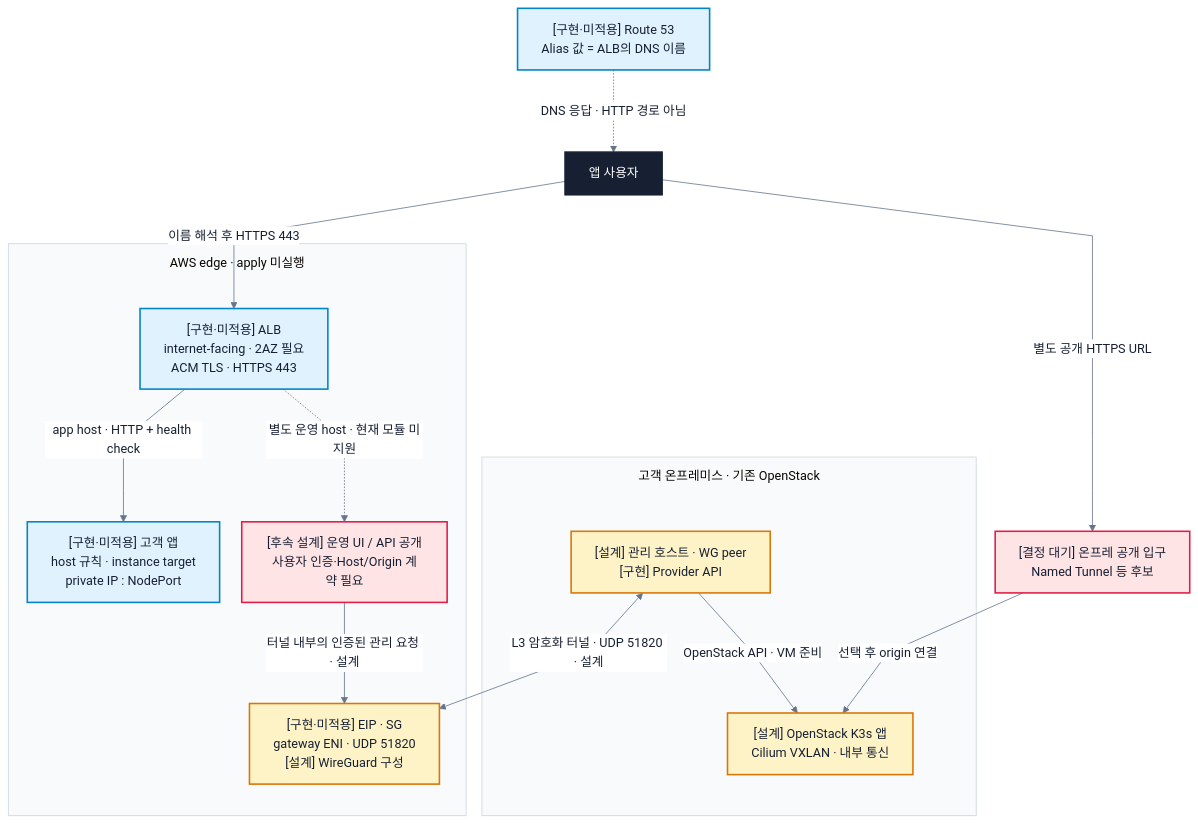
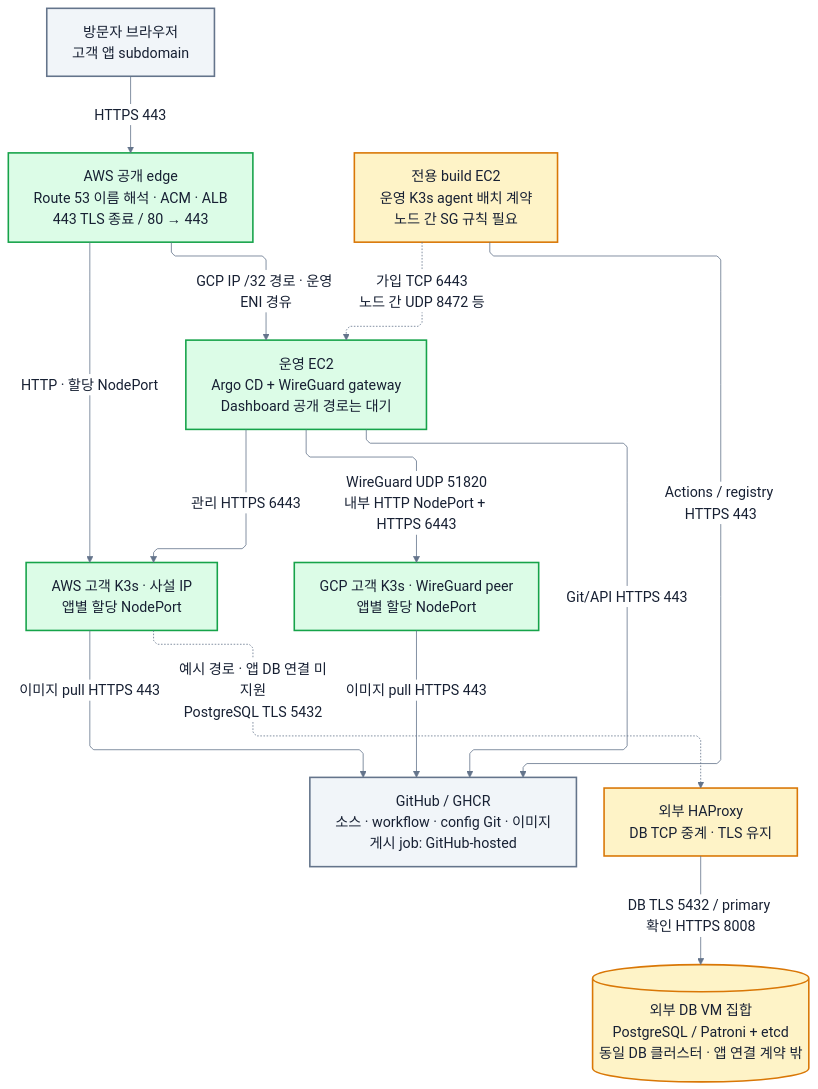
Before and after one commit to Jasmin-Softbank/Railshot: the diagram in docs/architecture/diagrams/network-topology.mmd, drawn with Mermaid. The commit also changed 22 other files, not shown here.

Commit message:
docs: align architecture diagrams with integrated runtime contracts

```diff
--- a/docs/architecture/diagrams/network-topology.mmd
+++ b/docs/architecture/diagrams/network-topology.mmd
@@ -1,29 +1,31 @@
-%%{init: {"theme":"base","fontFamily":"Arial,sans-serif","themeVariables":{"fontFamily":"Arial,sans-serif","fontSize":"16px","primaryTextColor":"#172033","lineColor":"#64748b","edgeLabelBackground":"#ffffff","clusterBkg":"#f8fafc","clusterBorder":"#cbd5e1"},"flowchart":{"curve":"linear","nodeSpacing":28,"rankSpacing":80,"htmlLabels":true,"subGraphTitleMargin":{"top":12,"bottom":30}}}}%%
+%%{init: {"theme":"base","themeVariables":{"fontFamily":"Arial, Apple SD Gothic Neo, sans-serif","fontSize":"18px","lineColor":"#64748b","primaryTextColor":"#172033","clusterBkg":"#f8fafc","clusterBorder":"#cbd5e1","edgeLabelBackground":"#ffffff"},"flowchart":{"curve":"linear","defaultRenderer":"elk","nodeSpacing":28,"rankSpacing":42,"htmlLabels":true,"wrappingWidth":340,"padding":16}}}%%
 flowchart TB
-  BROWSER["앱 사용자"]:::actor
-  DNS["[구현·미적용] Route 53<br/>Alias 값 = ALB의 DNS 이름"]:::code
-  subgraph AWS["AWS edge · apply 미실행"]
-    ALB["[구현·미적용] ALB<br/>internet-facing · 2AZ 필요<br/>ACM TLS · HTTPS 443"]:::code
-    APP["[구현·미적용] 고객 앱<br/>host 규칙 · instance target<br/>private IP : NodePort"]:::code
-    API["[후속 설계] 운영 UI / API 공개<br/>사용자 인증·Host/Origin 계약 필요"]:::pending
-    WG["[구현·미적용] EIP · SG<br/>gateway ENI · UDP 51820<br/>[설계] WireGuard 구성"]:::design
-    ALB -->|"app host · HTTP + health check"| APP
-    ALB -.->|"별도 운영 host · 현재 모듈 미지원"| API
-    API -->|"터널 내부의 인증된 관리 요청 · 설계"| WG
-  end
-  subgraph CUSTOMER["고객 온프레미스 · 기존 OpenStack"]
-    MGMT["[설계] 관리 호스트 · WG peer<br/>[구현] Provider API"]:::design
-    ONP["[설계] OpenStack K3s 앱<br/>Cilium VXLAN · 내부 통신"]:::design
-    MGMT -->|"OpenStack API · VM 준비"| ONP
-  end
-  PUBLIC["[결정 대기] 온프레 공개 입구<br/>Named Tunnel 등 후보"]:::pending
-  DNS -.->|"DNS 응답 · HTTP 경로 아님"| BROWSER
-  BROWSER -->|"이름 해석 후 HTTPS 443"| ALB
-  MGMT <-->|"L3 암호화 터널 · UDP 51820 · 설계"| WG
-  BROWSER -->|"별도 공개 HTTPS URL"| PUBLIC
-  PUBLIC -->|"선택 후 origin 연결"| ONP
+ U["방문자 브라우저<br/>고객 앱 subdomain"]
+ E["AWS 공개 edge<br/>Route 53 이름 해석 · ACM · ALB<br/>443 TLS 종료 / 80 → 443"]
+ O["운영 EC2<br/>Argo CD + WireGuard gateway<br/>Dashboard 공개 경로는 대기"]
+ W["전용 build EC2<br/>운영 K3s agent 배치 계약<br/>노드 간 SG 규칙 필요"]
+ X["GitHub / GHCR<br/>소스 · workflow · config Git · 이미지<br/>게시 job: GitHub-hosted"]
+ A["AWS 고객 K3s · 사설 IP<br/>앱별 할당 NodePort"]
+ G["GCP 고객 K3s · WireGuard peer<br/>앱별 할당 NodePort"]
+ H["외부 HAProxy<br/>DB TCP 중계 · TLS 유지"]
+ D[("외부 DB VM 집합<br/>PostgreSQL / Patroni + etcd<br/>동일 DB 클러스터 · 앱 연결 계약 밖")]
+ U -->|"HTTPS 443"| E
+ E -->|"HTTP · 할당 NodePort"| A
+ E -->|"GCP IP /32 경로 · 운영 ENI 경유"| O
+ O -->|"WireGuard UDP 51820<br/>내부 HTTP NodePort + HTTPS 6443"| G
+ O -->|"관리 HTTPS 6443"| A
+ W -.->|"가입 TCP 6443<br/>노드 간 UDP 8472 등"| O
+ O -->|"Git/API HTTPS 443"| X
+ W -->|"Actions / registry HTTPS 443"| X
+ A -->|"이미지 pull HTTPS 443"| X
+ G -->|"이미지 pull HTTPS 443"| X
+ A -.->|"예시 경로 · 앱 DB 연결 미지원<br/>PostgreSQL TLS 5432"| H
+ H -->|"DB TLS 5432 / primary 확인 HTTPS 8008"| D
+ class U,X external
+ class E,O,A,G evidence
+ class W,H,D pending
 
-classDef code fill:#e0f2fe,stroke:#0284c7,color:#172033,stroke-width:2px
-classDef design fill:#fef3c7,stroke:#d97706,color:#172033,stroke-width:2px
-classDef pending fill:#ffe4e6,stroke:#e11d48,color:#172033,stroke-width:2px
-classDef actor fill:#172033,stroke:#172033,color:#ffffff,stroke-width:2px
+classDef code fill:#dbeafe,stroke:#2563eb,color:#172033,stroke-width:2px
+classDef evidence fill:#dcfce7,stroke:#16a34a,color:#172033,stroke-width:2px
+classDef pending fill:#fef3c7,stroke:#d97706,color:#172033,stroke-width:2px
+classDef external fill:#f1f5f9,stroke:#64748b,color:#172033,stroke-width:2px
```
